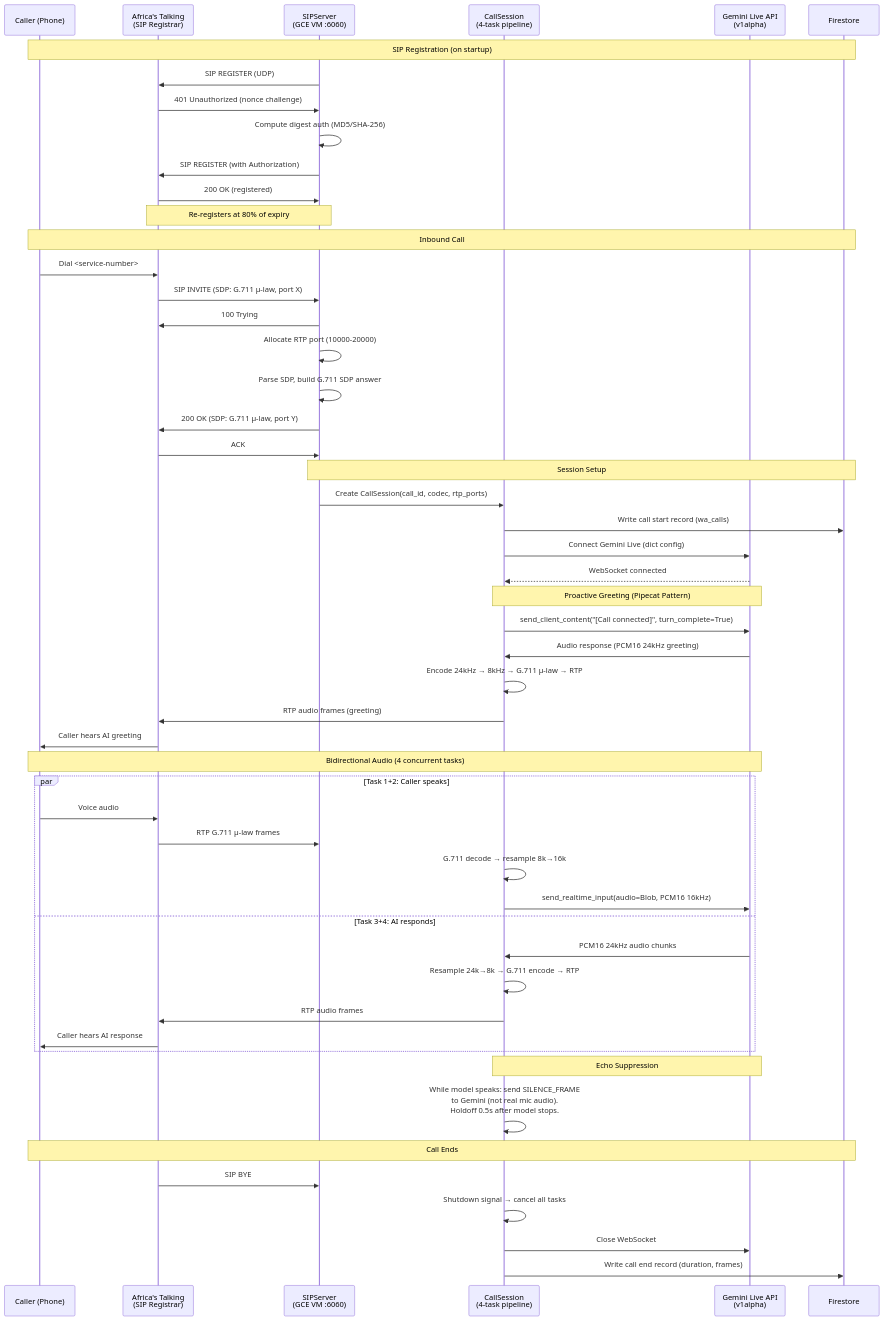
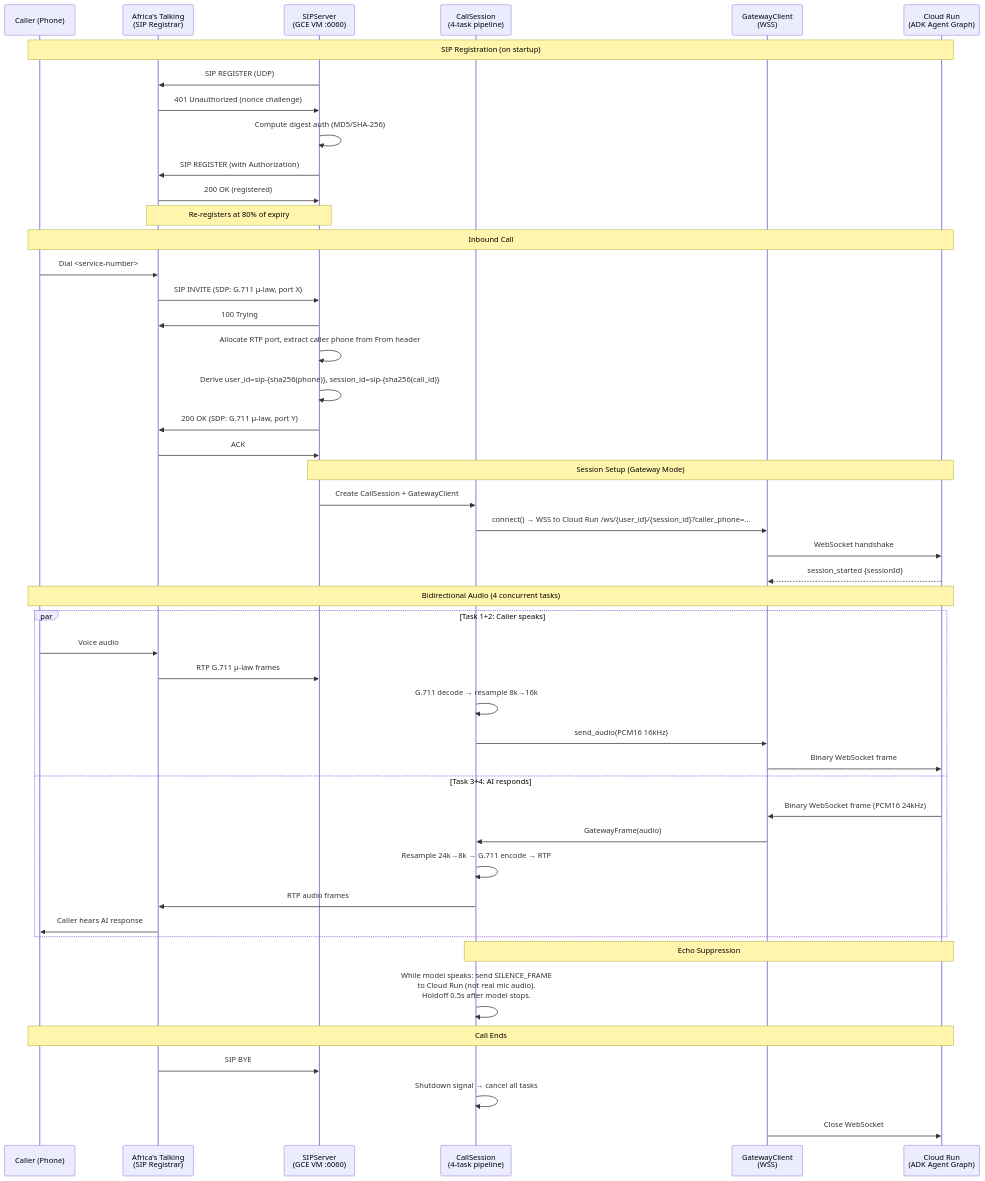
One commit to ogabasseyy/ekaette changed the second of 8 diagrams in docs/architecture/04-telephony.md. Above: the diagram before and after it, drawn with Mermaid. The commit also changed other lines of this file and 32 other files, not shown here.

First line of the commit message:
Single AI Brain: SIP bridge gateway mode routes through Cloud Run ADK

````diff
--- a/docs/architecture/04-telephony.md
+++ b/docs/architecture/04-telephony.md
@@ -90,62 +120,56 @@
 ```mermaid
 sequenceDiagram
     participant CALLER as Caller (Phone)
     participant AT as Africa's Talking<br/>(SIP Registrar)
     participant SIP as SIPServer<br/>(GCE VM :6060)
     participant SESS as CallSession<br/>(4-task pipeline)
-    participant GEMINI as Gemini Live API<br/>(v1alpha)
-    participant FS as Firestore
+    participant GW as GatewayClient<br/>(WSS)
+    participant CR as Cloud Run<br/>(ADK Agent Graph)
 
-    Note over CALLER,FS: SIP Registration (on startup)
+    Note over CALLER,CR: SIP Registration (on startup)
     SIP->>AT: SIP REGISTER (UDP)
     AT->>SIP: 401 Unauthorized (nonce challenge)
     SIP->>SIP: Compute digest auth (MD5/SHA-256)
     SIP->>AT: SIP REGISTER (with Authorization)
     AT->>SIP: 200 OK (registered)
     Note over SIP,AT: Re-registers at 80% of expiry
 
-    Note over CALLER,FS: Inbound Call
+    Note over CALLER,CR: Inbound Call
     CALLER->>AT: Dial <service-number>
     AT->>SIP: SIP INVITE (SDP: G.711 μ-law, port X)
     SIP->>AT: 100 Trying
-    SIP->>SIP: Allocate RTP port (10000-20000)
-    SIP->>SIP: Parse SDP, build G.711 SDP answer
+    SIP->>SIP: Allocate RTP port, extract caller phone from From header
+    SIP->>SIP: Derive user_id=sip-{sha256(phone)}, session_id=sip-{sha256(call_id)}
     SIP->>AT: 200 OK (SDP: G.711 μ-law, port Y)
     AT->>SIP: ACK
 
-    Note over SIP,FS: Session Setup
-    SIP->>SESS: Create CallSession(call_id, codec, rtp_ports)
-    SESS->>FS: Write call start record (wa_calls)
-    SESS->>GEMINI: Connect Gemini Live (dict config)
-    GEMINI-->>SESS: WebSocket connected
+    Note over SIP,CR: Session Setup (Gateway Mode)
+    SIP->>SESS: Create CallSession + GatewayClient
+    SESS->>GW: connect() → WSS to Cloud Run /ws/{user_id}/{session_id}?caller_phone=...
+    GW->>CR: WebSocket handshake
+    CR-->>GW: session_started {sessionId}
 
-    Note over SESS,GEMINI: Proactive Greeting (Pipecat Pattern)
-    SESS->>GEMINI: send_client_content("[Call connected]", turn_complete=True)
-    GEMINI->>SESS: Audio response (PCM16 24kHz greeting)
-    SESS->>SESS: Encode 24kHz → 8kHz → G.711 μ-law → RTP
-    SESS->>AT: RTP audio frames (greeting)
-    AT->>CALLER: Caller hears AI greeting
-
-    Note over CALLER,GEMINI: Bidirectional Audio (4 concurrent tasks)
+    Note over CALLER,CR: Bidirectional Audio (4 concurrent tasks)
 
     par Task 1+2: Caller speaks
         CALLER->>AT: Voice audio
         AT->>SIP: RTP G.711 μ-law frames
         SESS->>SESS: G.711 decode → resample 8k→16k
-        SESS->>GEMINI: send_realtime_input(audio=Blob, PCM16 16kHz)
+        SESS->>GW: send_audio(PCM16 16kHz)
+        GW->>CR: Binary WebSocket frame
     and Task 3+4: AI responds
-        GEMINI->>SESS: PCM16 24kHz audio chunks
+        CR->>GW: Binary WebSocket frame (PCM16 24kHz)
+        GW->>SESS: GatewayFrame(audio)
         SESS->>SESS: Resample 24k→8k → G.711 encode → RTP
         SESS->>AT: RTP audio frames
         AT->>CALLER: Caller hears AI response
     end
 
-    Note over SESS,GEMINI: Echo Suppression
-    SESS->>SESS: While model speaks: send SILENCE_FRAME<br/>to Gemini (not real mic audio).<br/>Holdoff 0.5s after model stops.
+    Note over SESS,CR: Echo Suppression
+    SESS->>SESS: While model speaks: send SILENCE_FRAME<br/>to Cloud Run (not real mic audio).<br/>Holdoff 0.5s after model stops.
 
-    Note over CALLER,FS: Call Ends
+    Note over CALLER,CR: Call Ends
     AT->>SIP: SIP BYE
     SESS->>SESS: Shutdown signal → cancel all tasks
-    SESS->>GEMINI: Close WebSocket
-    SESS->>FS: Write call end record (duration, frames)
+    GW->>CR: Close WebSocket
 ```
````
